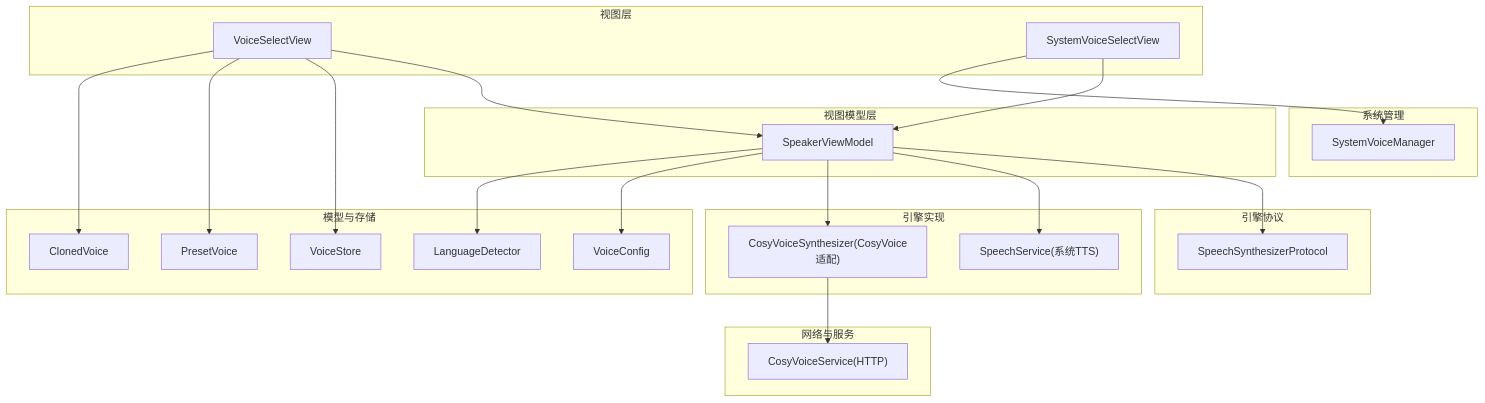
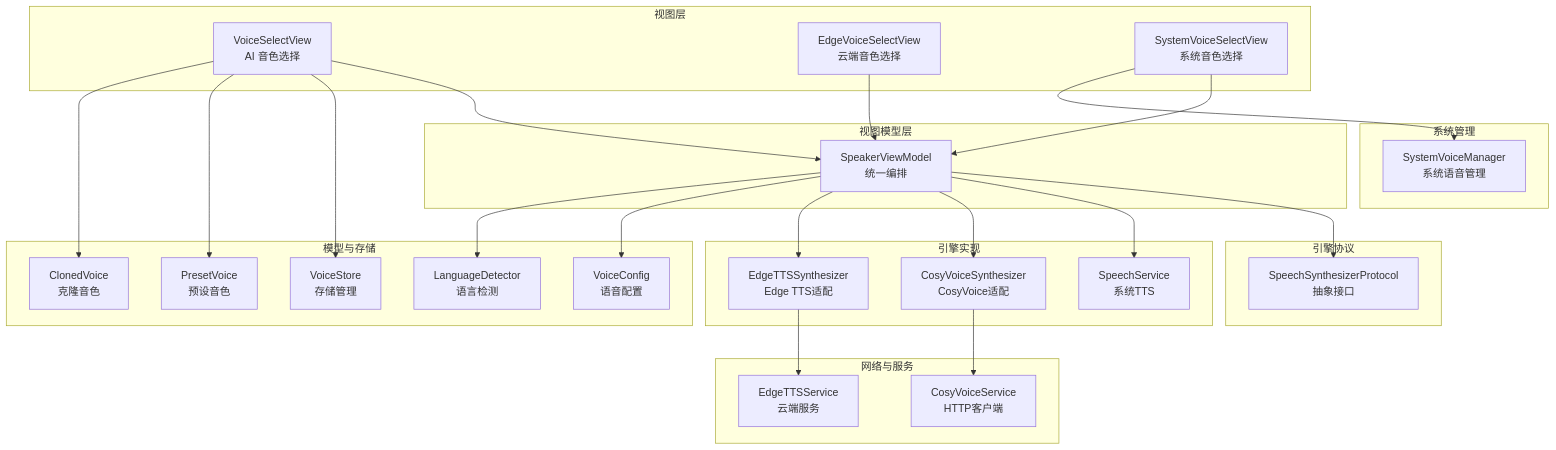
Before and after one commit to Primoguo/VoiceReader: the first of 12 diagrams in .qoder/repowiki/zh/content/用户界面设计/设置界面/语音选择界面.md, drawn with Mermaid. The commit also changed other lines of this file and 29 other files, not shown here.

````diff
--- a/.qoder/repowiki/zh/content/用户界面设计/设置界面/语音选择界面.md
+++ b/.qoder/repowiki/zh/content/用户界面设计/设置界面/语音选择界面.md
@@ -49,42 +54,48 @@
 ```mermaid
 graph TB
 subgraph "视图层"
-VSV["VoiceSelectView"]
-SVSV["SystemVoiceSelectView"]
+VSV["VoiceSelectView<br/>AI 音色选择"]
+EVS["EdgeVoiceSelectView<br/>云端音色选择"]
+SVSV["SystemVoiceSelectView<br/>系统音色选择"]
 end
 subgraph "视图模型层"
-SVM["SpeakerViewModel"]
+SVM["SpeakerViewModel<br/>统一编排"]
 end
 subgraph "引擎协议"
-SSP["SpeechSynthesizerProtocol"]
+SSP["SpeechSynthesizerProtocol<br/>抽象接口"]
 end
 subgraph "引擎实现"
-SS["SpeechService(系统TTS)"]
-CVS["CosyVoiceSynthesizer(CosyVoice适配)"]
+SS["SpeechService<br/>系统TTS"]
+CVS["CosyVoiceSynthesizer<br/>CosyVoice适配"]
+ETS["EdgeTTSSynthesizer<br/>Edge TTS适配"]
+end
+subgraph "网络与服务"
+CSVS["CosyVoiceService<br/>HTTP客户端"]
+ETSS["EdgeTTSService<br/>云端服务"]
 end
 subgraph "系统管理"
-SVMgr["SystemVoiceManager"]
-end
-subgraph "网络与服务"
-CSVS["CosyVoiceService(HTTP)"]
+SVMgr["SystemVoiceManager<br/>系统语音管理"]
 end
 subgraph "模型与存储"
-VC["VoiceConfig"]
-PV["PresetVoice"]
-CV["ClonedVoice"]
-VS["VoiceStore"]
-LD["LanguageDetector"]
+VC["VoiceConfig<br/>语音配置"]
+PV["PresetVoice<br/>预设音色"]
+CV["ClonedVoice<br/>克隆音色"]
+VS["VoiceStore<br/>存储管理"]
+LD["LanguageDetector<br/>语言检测"]
 end
 VSV --> SVM
+EVS --> SVM
 SVSV --> SVM
 SVM --> SSP
 SVM --> SS
 SVM --> CVS
+SVM --> ETS
 CVS --> CSVS
+ETS --> ETSS
 SVSV --> SVMgr
 VSV --> VS
 SVM --> VC
 VSV --> PV
 VSV --> CV
 SVM --> LD
 ```
````
